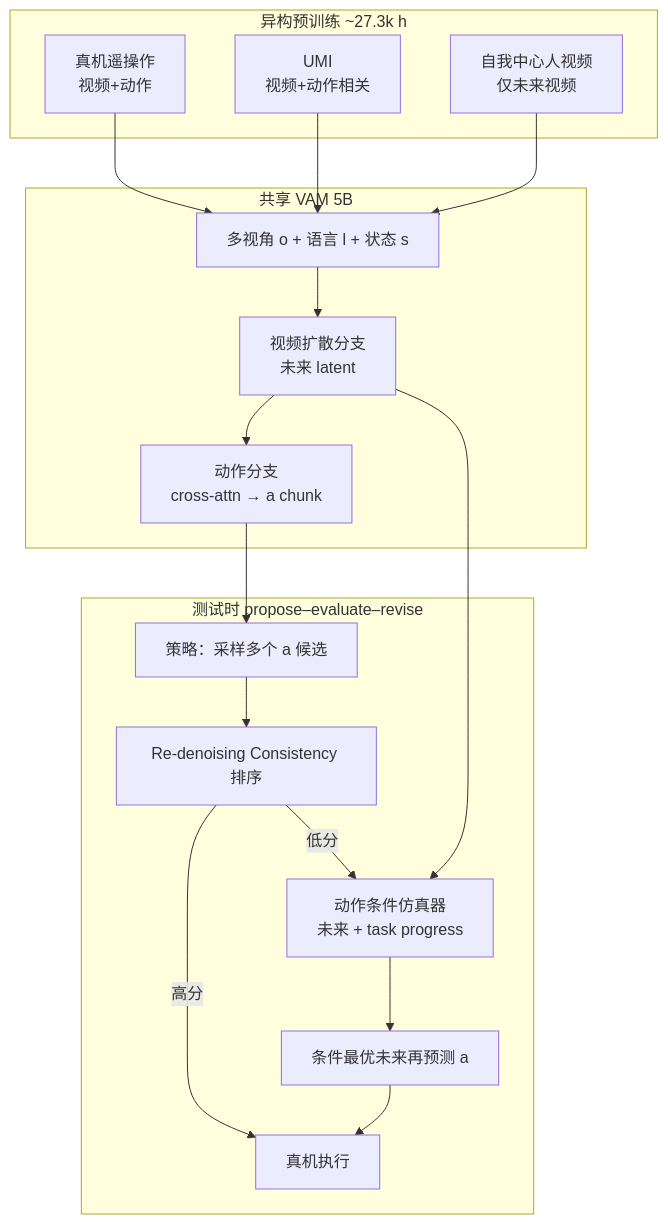
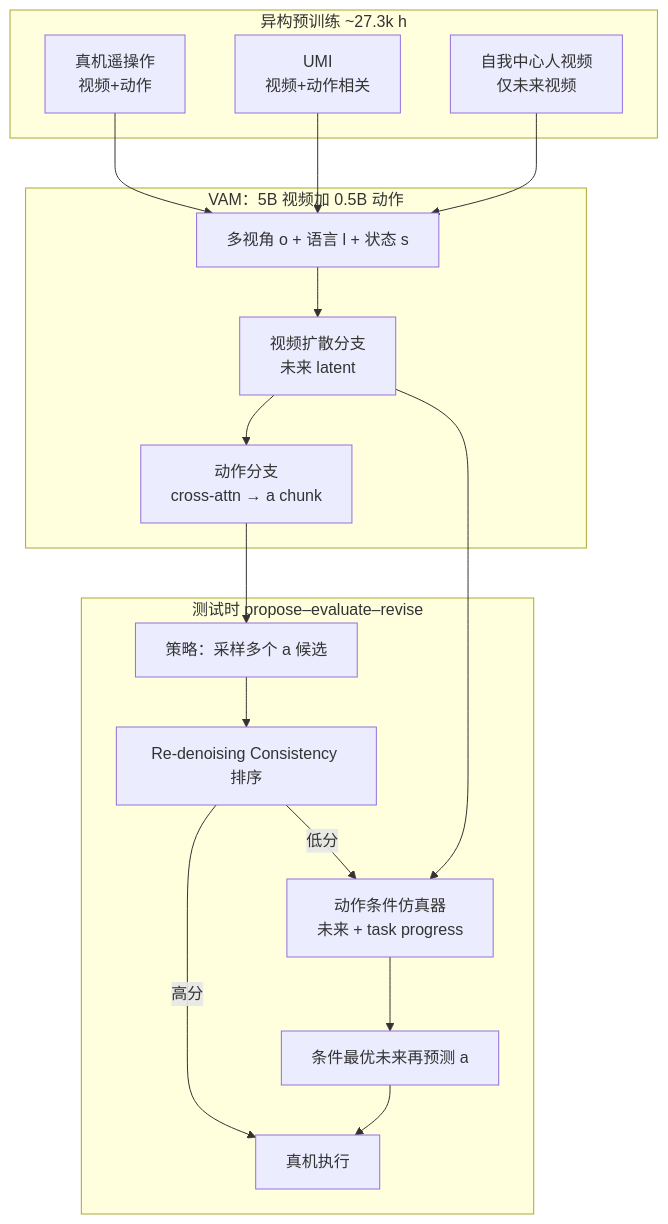
One commit to ImChong/Robotics_Notebooks changed the first of 2 diagrams in wiki/entities/tau0-world-model.md. Above: the diagram before and after it, drawn with Mermaid. The commit also changed other lines of this file and 208 other files, not shown here.

Commit message:
[2026-11-14] ingest | roadmap/depth-wam.md — 补齐 WAM 全部节点原文证据与满分健康度

````diff
--- a/wiki/entities/tau0-world-model.md
+++ b/wiki/entities/tau0-world-model.md
@@ -72,32 +75,32 @@
 ```mermaid
 flowchart TB
   subgraph data [异构预训练 ~27.3k h]
     R[真机遥操作\n视频+动作]
     U[UMI\n视频+动作相关]
     H[自我中心人视频\n仅未来视频]
   end
-  subgraph vam [共享 VAM 5B]
+  subgraph vam [VAM：5B 视频加 0.5B 动作]
     IN[多视角 o + 语言 l + 状态 s]
     VB[视频扩散分支\n未来 latent]
     AB[动作分支\ncross-attn → a chunk]
     IN --> VB
     VB --> AB
   end
   R --> IN
   U --> IN
   H --> IN
   subgraph infer [测试时 propose–evaluate–revise]
     P[策略：采样多个 a 候选]
     C[Re-denoising Consistency 排序]
     SIM[动作条件仿真器\n未来 + task progress]
     REV[条件最优未来再预测 a]
     EXE[真机执行]
     P --> C
     C -->|低分| SIM
     SIM --> REV
     C -->|高分| EXE
     REV --> EXE
   end
   AB --> P
   VB --> SIM
 ```
````
